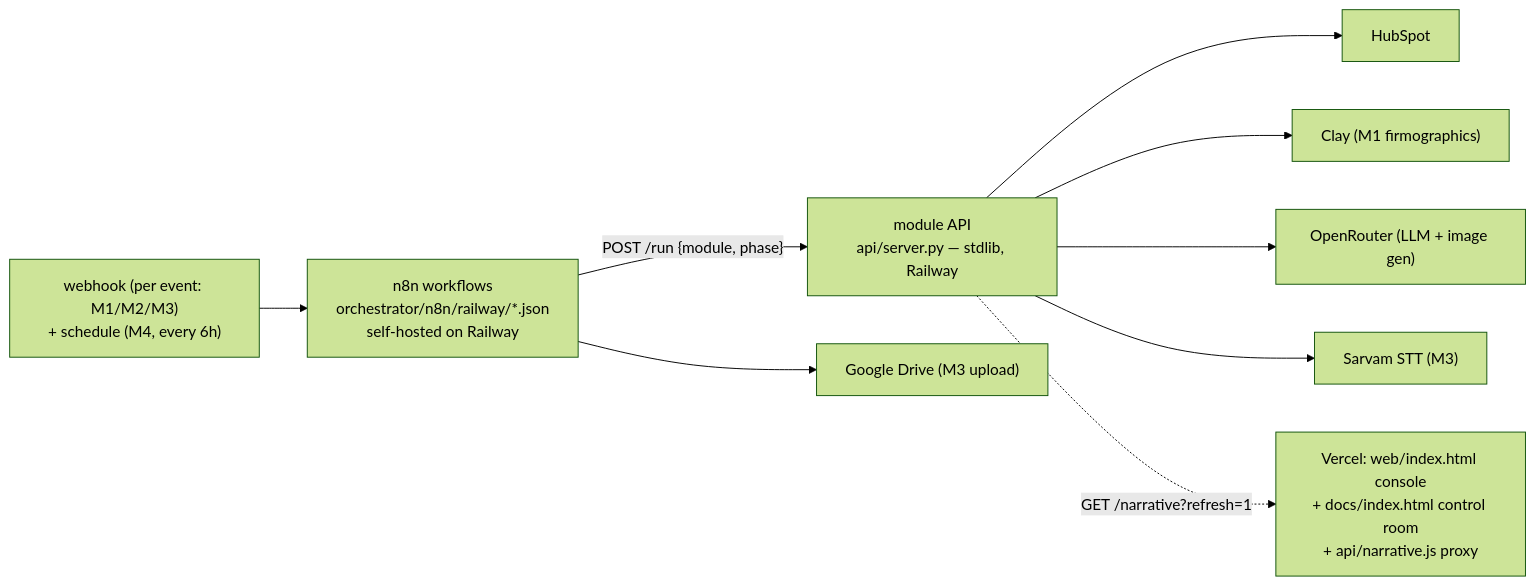
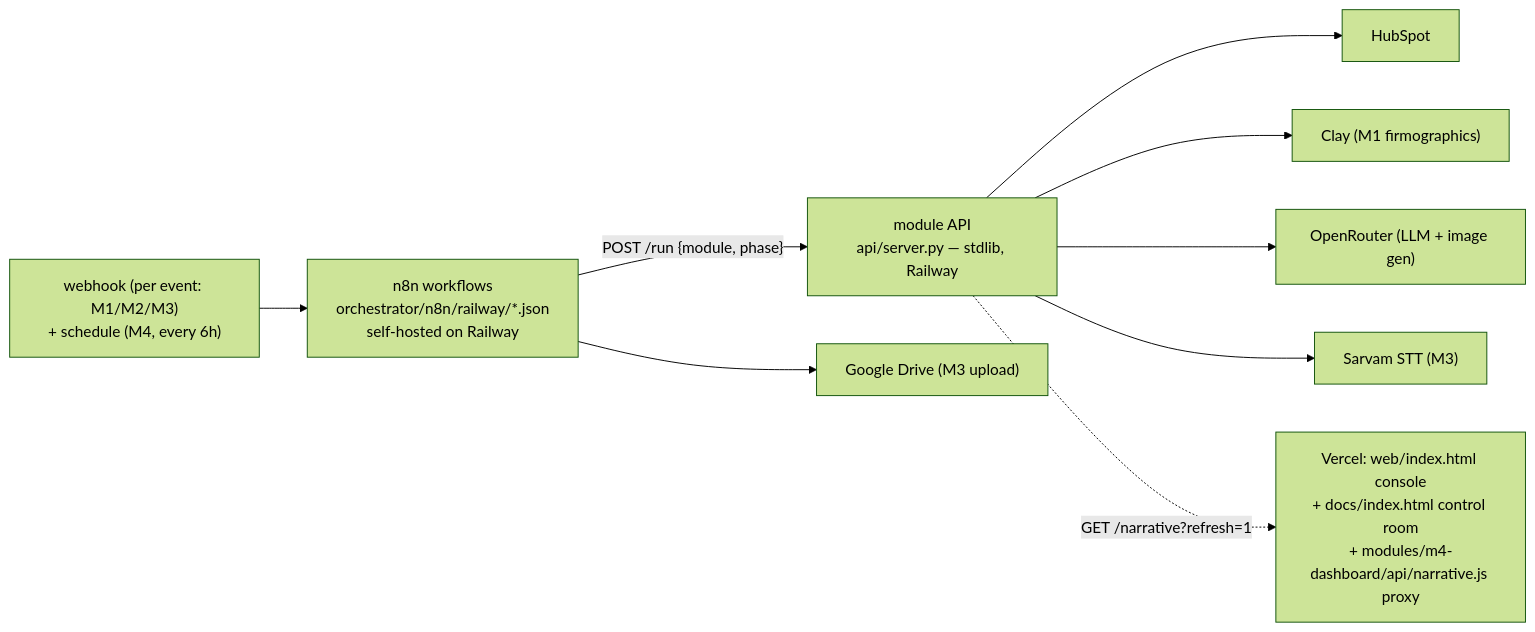
One commit to Kai8karma/postevent-engine changed the second of 2 diagrams in docs/architecture.md. Above: the diagram before and after it, drawn with Mermaid (forest theme). The commit also changed other lines of this file and 13 other files, not shown here.

````diff
--- a/docs/architecture.md
+++ b/docs/architecture.md
@@ -50,11 +53,11 @@
 ```mermaid
 flowchart LR
     trig["webhook (per event: M1/M2/M3)<br/>+ schedule (M4, every 6h)"] --> n8n["n8n workflows<br/>orchestrator/n8n/railway/*.json<br/>self-hosted on Railway"]
     n8n -- "POST /run {module, phase}" --> api["module API<br/>api/server.py — stdlib, Railway"]
     api --> hs["HubSpot"]
     api --> clay["Clay (M1 firmographics)"]
     api --> or["OpenRouter (LLM + image gen)"]
     api --> sarvam["Sarvam STT (M3)"]
     n8n --> drive["Google Drive (M3 upload)"]
-    api -. "GET /narrative?refresh=1" .-> vercel["Vercel: web/index.html console<br/>+ docs/index.html control room<br/>+ api/narrative.js proxy"]
+    api -. "GET /narrative?refresh=1" .-> vercel["Vercel: web/index.html console<br/>+ docs/index.html control room<br/>+ modules/m4-dashboard/api/narrative.js proxy"]
 ```
````
